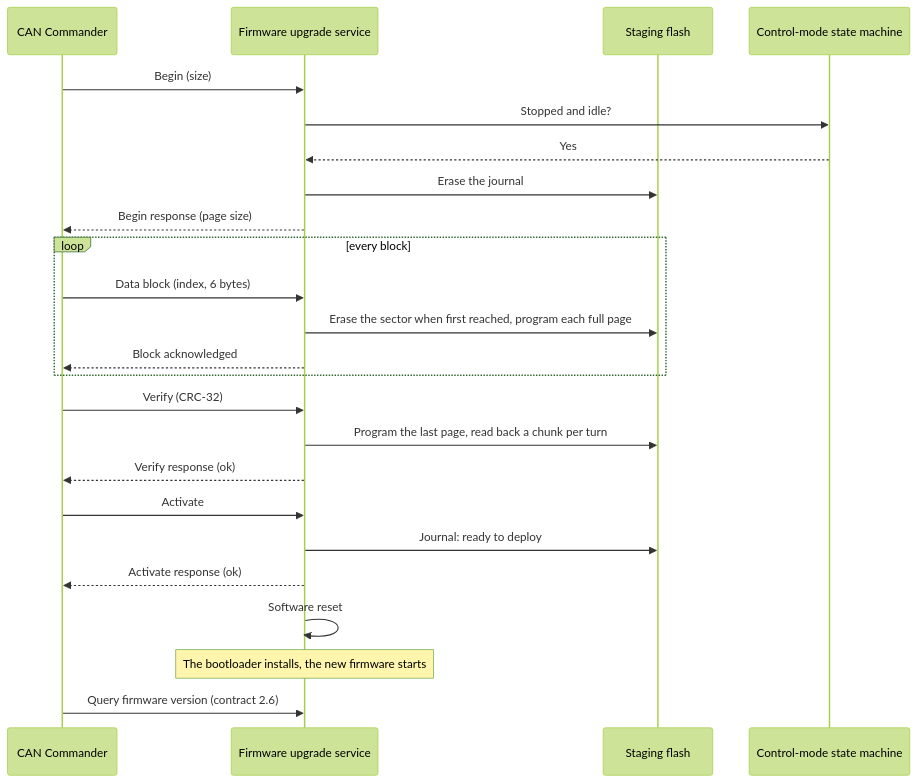
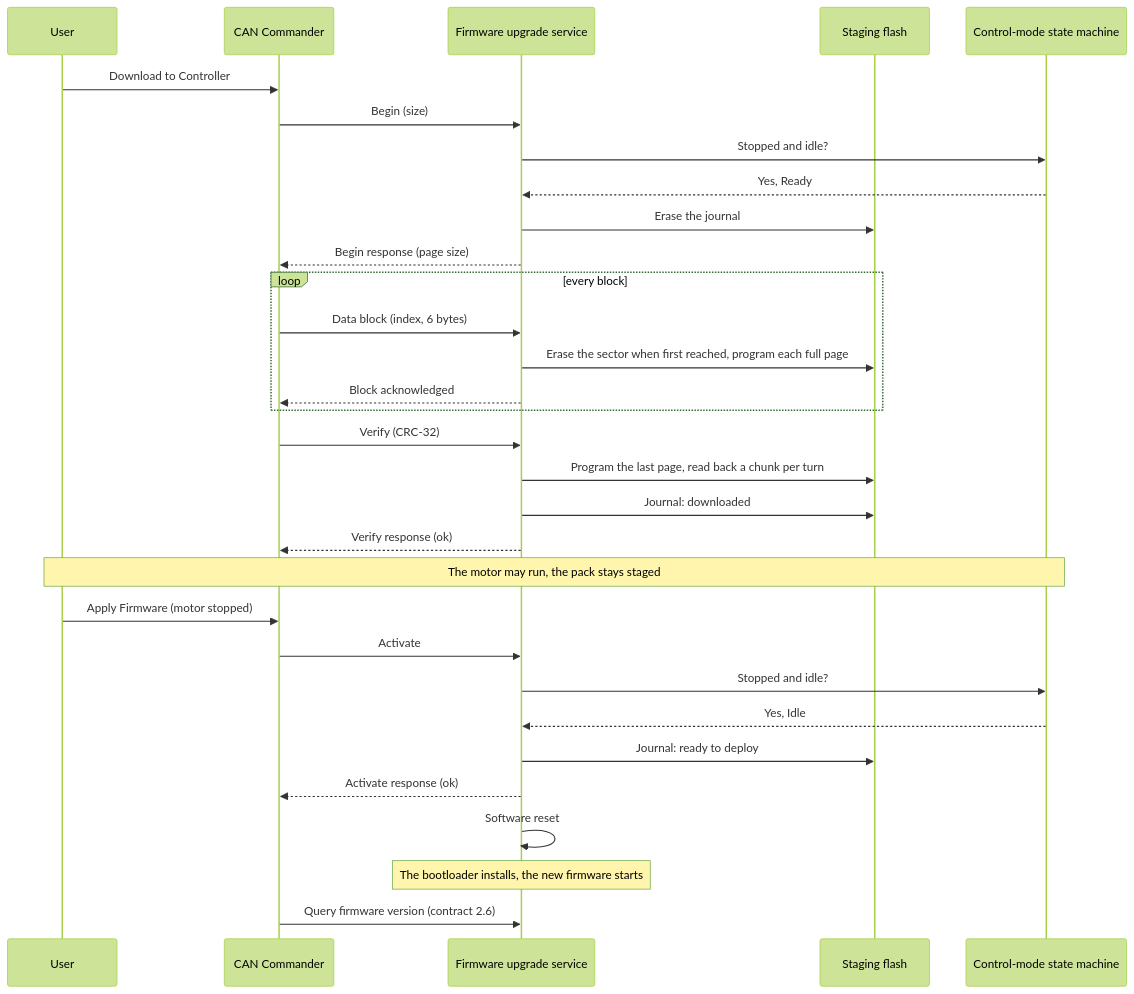
The second of 3 diagrams in documentation/design/service-firmware-upgrade.md (embedded-pro/e-foc), drawn with Mermaid (forest theme) before and after one commit. The commit also changed other lines of this file and 7 other files, not shown here.

First line of the commit message:
docs: user-started download and apply, and no image for another MCU

````diff
--- a/documentation/design/service-firmware-upgrade.md
+++ b/documentation/design/service-firmware-upgrade.md
@@ -249,26 +291,33 @@
 ```mermaid
 sequenceDiagram
+    participant User
     participant Client as CAN Commander
     participant Service as Firmware upgrade service
     participant Staging as Staging flash
     participant Drive as Control-mode state machine
+    User->>Client: Download to Controller
     Client->>Service: Begin (size)
     Service->>Drive: Stopped and idle?
-    Drive-->>Service: Yes
+    Drive-->>Service: Yes, Ready
     Service->>Staging: Erase the journal
     Service-->>Client: Begin response (page size)
     loop every block
         Client->>Service: Data block (index, 6 bytes)
         Service->>Staging: Erase the sector when first reached, program each full page
         Service-->>Client: Block acknowledged
     end
     Client->>Service: Verify (CRC-32)
     Service->>Staging: Program the last page, read back a chunk per turn
+    Service->>Staging: Journal: downloaded
     Service-->>Client: Verify response (ok)
+    Note over User,Drive: The motor may run, the pack stays staged
+    User->>Client: Apply Firmware (motor stopped)
     Client->>Service: Activate
+    Service->>Drive: Stopped and idle?
+    Drive-->>Service: Yes, Idle
     Service->>Staging: Journal: ready to deploy
     Service-->>Client: Activate response (ok)
     Service->>Service: Software reset
     Note over Service: The bootloader installs, the new firmware starts
     Client->>Service: Query firmware version (contract 2.6)
 ```
````
